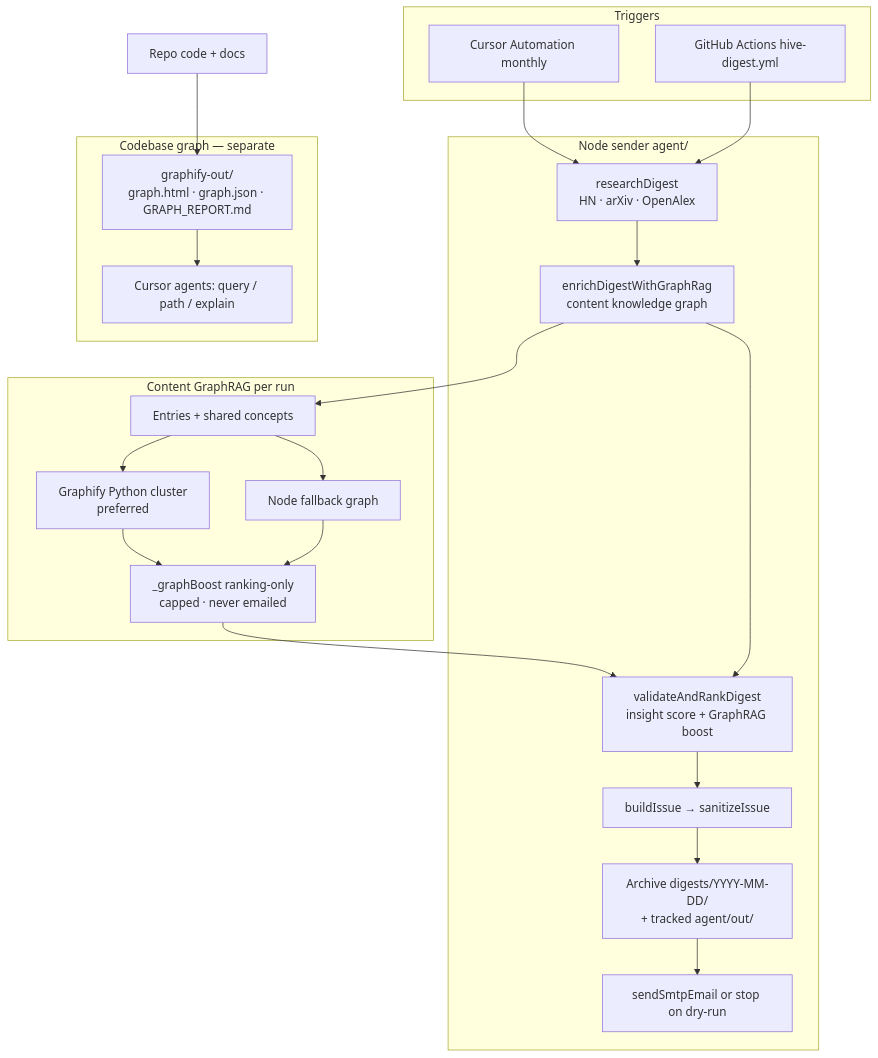
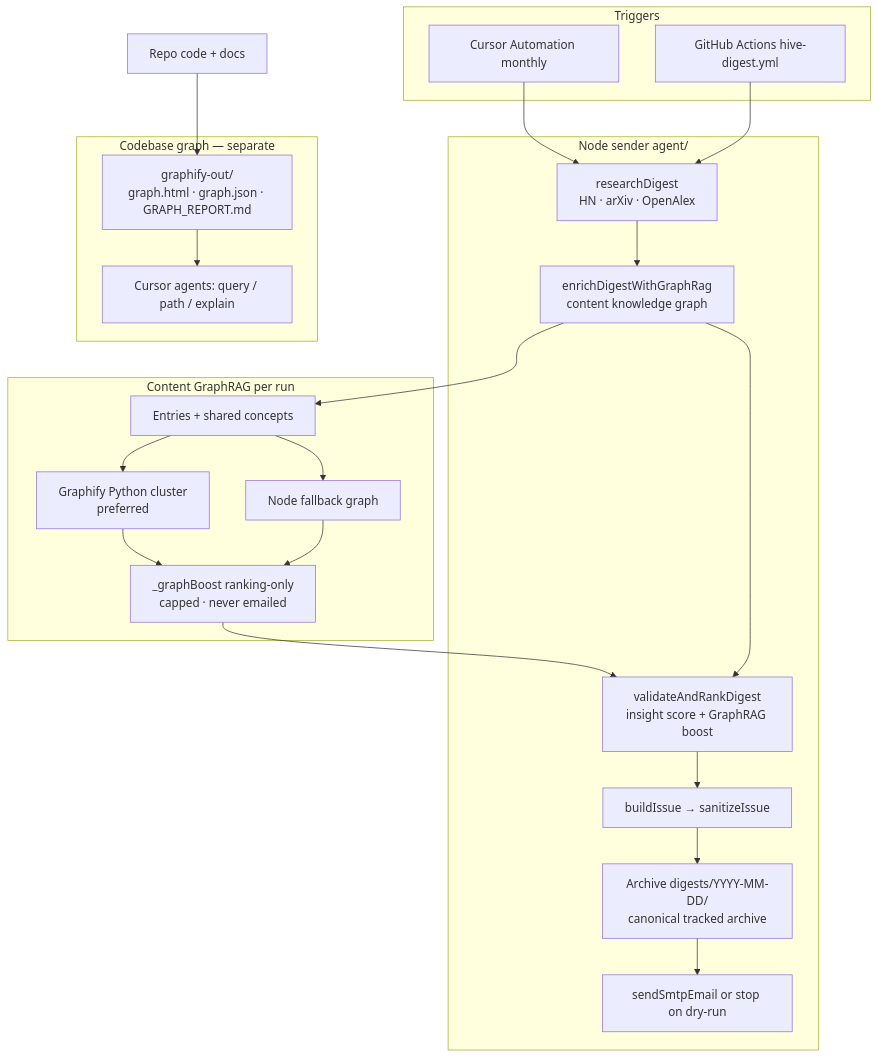
The diagram in README.md (ark-synbrains/dev-digest), drawn with Mermaid before and after one commit. The commit also changed other lines of this file and 45 other files, not shown here.

First line of the commit message:
chore: exclude rules from Graphify; untrack agent/out (#28)

````diff
--- a/README.md
+++ b/README.md
@@ -126,45 +127,45 @@
 ```mermaid
 flowchart TB
   subgraph triggers [Triggers]
     CA[Cursor Automation monthly]
     GA[GitHub Actions hive-digest.yml]
   end
 
   subgraph sender [Node sender agent/]
     R[researchDigest<br/>HN · arXiv · OpenAlex]
     G[enrichDigestWithGraphRag<br/>content knowledge graph]
     V[validateAndRankDigest<br/>insight score + GraphRAG boost]
     B[buildIssue → sanitizeIssue]
-    A[Archive digests/YYYY-MM-DD/<br/>+ tracked agent/out/]
+    A[Archive digests/YYYY-MM-DD/<br/>canonical tracked archive]
     S[sendSmtpEmail or stop on dry-run]
   end
 
   subgraph contentGraph [Content GraphRAG per run]
     E[Entries + shared concepts]
     P[Graphify Python cluster<br/>preferred]
     N[Node fallback graph]
     X[_graphBoost ranking-only<br/>capped · never emailed]
   end
 
   subgraph codebaseGraph [Codebase graph — separate]
     CG[graphify-out/<br/>graph.html · graph.json · GRAPH_REPORT.md]
     CQ[Cursor agents: query / path / explain]
   end
 
   CA --> R
   GA --> R
   R --> G
   G --> E
   E --> P
   E --> N
   P --> X
   N --> X
   X --> V
   G --> V
   V --> B
   B --> A
   A --> S
 
   Codebase[Repo code + docs] --> CG
   CG --> CQ
 ```
````
